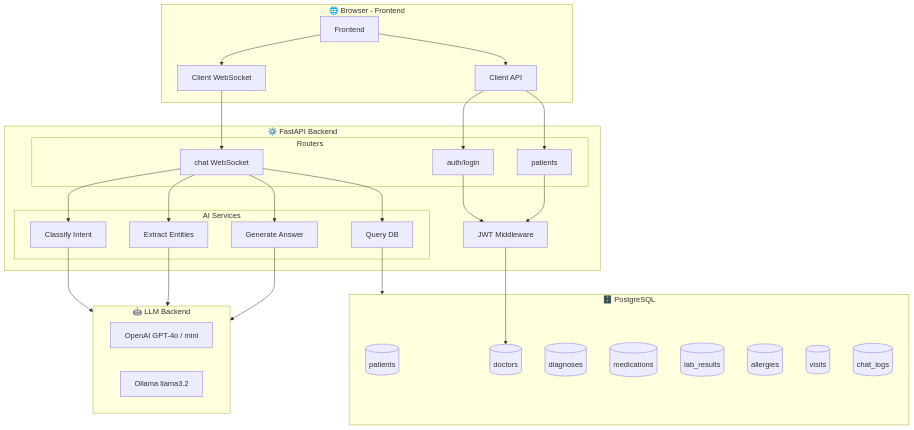
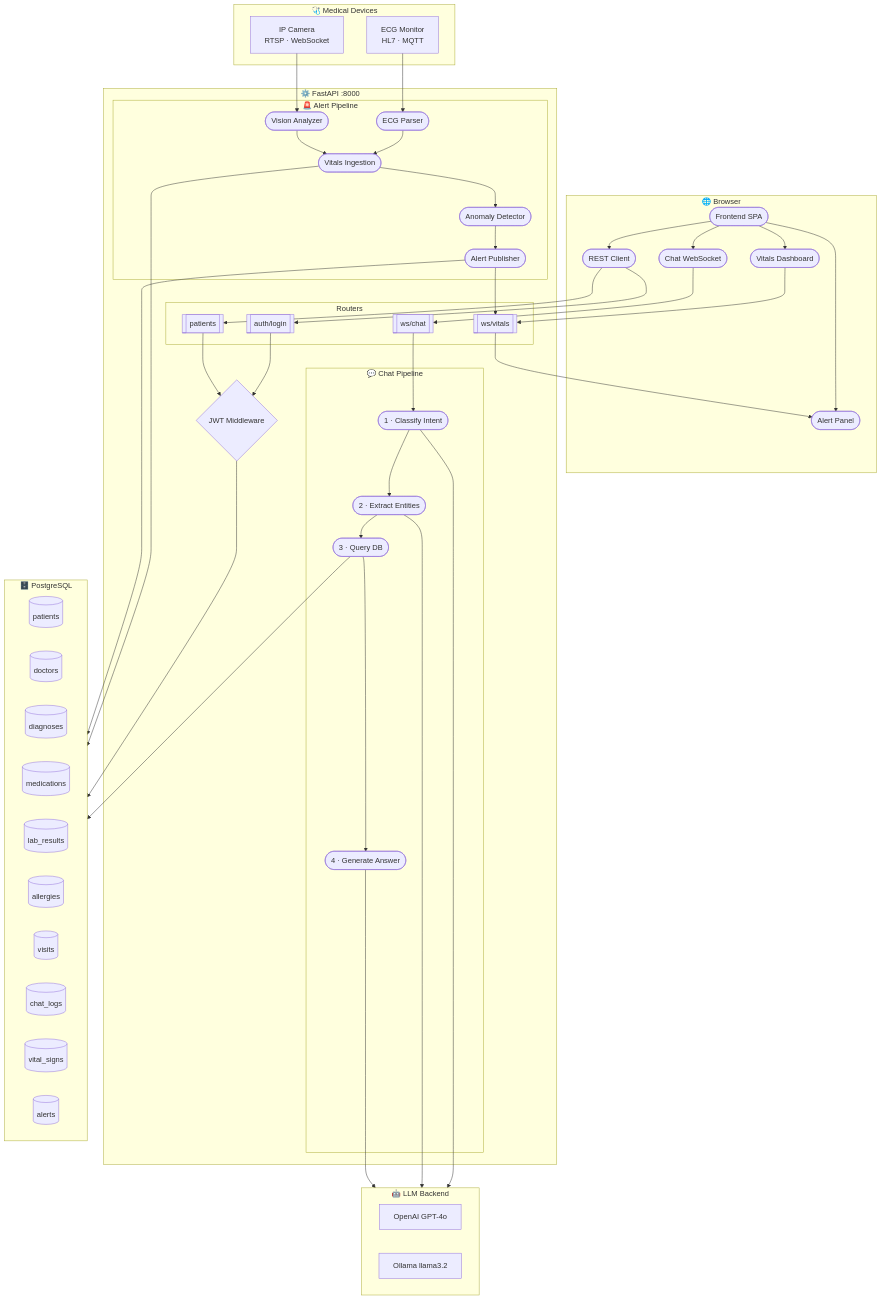
One commit to omarelnokrashy/Shifaa-AI-Based-Patient-Monitoring-System changed the first of 3 diagrams in docs/02_system_architecture.md. Above: the diagram before and after it, drawn with Mermaid. The commit also changed other lines of this file and 1 other file, not shown here.

````diff
--- a/docs/02_system_architecture.md
+++ b/docs/02_system_architecture.md
@@ -56,58 +86,80 @@
 ```mermaid
 graph TB
-    subgraph Browser["🌐 Browser - Frontend"]
-        UI[Frontend]
-        WS[Client WebSocket]
-        REST[Client API]
+    subgraph Browser["🌐 Browser"]
+        UI([Frontend SPA])
+        WS([Chat WebSocket])
+        REST([REST Client])
+        AlertPanel([Alert Panel])
+        VitalDash([Vitals Dashboard])
     end
 
-    subgraph Backend["⚙️ FastAPI Backend"]
-        Auth[JWT Middleware]
-        
+    subgraph Backend["⚙️ FastAPI :8000"]
+        Auth{JWT Middleware}
+
         subgraph Routers["Routers"]
-            R_Auth[auth/login]
-            R_Pat[patients]
-            R_WS[chat WebSocket]
+            R_Auth[[auth/login]]
+            R_Pat[[patients]]
+            R_WS[[ws/chat]]
+            R_Vitals[[ws/vitals]]
         end
 
-        subgraph Services["AI Services"]
-            Intent[Classify Intent]
-            NER[Extract Entities]
-            Retriever[Query DB]
-            LLM[Generate Answer]
+        subgraph ChatAI["💬 Chat Pipeline"]
+            Intent(["1 · Classify Intent"])
+            NER(["2 · Extract Entities"])
+            Retriever(["3 · Query DB"])
+            LLM(["4 · Generate Answer"])
+        end
+
+        subgraph AlertPipeline["🚨 Alert Pipeline"]
+            ECGParser(["ECG Parser"])
+            VisionAnalyzer(["Vision Analyzer"])
+            Ingestion(["Vitals Ingestion"])
+            AnomalyDetector(["Anomaly Detector"])
+            AlertPublisher(["Alert Publisher"])
         end
     end
 
     subgraph DB["🗄️ PostgreSQL"]
-        Patients[(patients)]
-        Doctors[(doctors)]
-        Diagnoses[(diagnoses)]
-        Medications[(medications)]
-        Labs[(lab_results)]
-        Allergies[(allergies)]
-        Visits[(visits)]
-        Logs[(chat_logs)]
+        direction LR
+        T1[(patients)]
+        T2[(doctors)]
+        T3[(diagnoses)]
+        T4[(medications)]
+        T5[(lab_results)]
+        T6[(allergies)]
+        T7[(visits)]
+        T8[(chat_logs)]
+        T9[(vital_signs)]
+        T10[(alerts)]
     end
 
     subgraph LLMBack["🤖 LLM Backend"]
-        OA[OpenAI GPT-4o / mini]
+        OA[OpenAI GPT-4o]
         OL[Ollama llama3.2]
     end
 
-    UI --> REST
-    UI --> WS
-    REST --> R_Auth
-    REST --> R_Pat
+    subgraph Devices["🩺 Medical Devices"]
+        ECG[ECG Monitor\nHL7 · MQTT]
+        Camera[IP Camera\nRTSP · WebSocket]
+    end
+
+    UI --> REST & WS
+    UI --> AlertPanel & VitalDash
+    REST --> R_Auth & R_Pat
     WS --> R_WS
-    R_Auth --> Auth
-    R_Pat --> Auth
-    R_WS --> Intent
-    R_WS --> NER
-    R_WS --> Retriever
-    R_WS --> LLM
+    VitalDash --> R_Vitals
+    R_Auth & R_Pat --> Auth
+    Auth --> T2
+
+    R_WS --> Intent --> NER --> Retriever --> LLM
     Retriever --> DB
-    Intent --> LLMBack
-    NER --> LLMBack
-    LLM --> LLMBack
-    Auth --> Doctors
+    Intent & NER & LLM --> LLMBack
+
+    ECG --> ECGParser
+    Camera --> VisionAnalyzer
+    ECGParser & VisionAnalyzer --> Ingestion
+    Ingestion --> T9
+    Ingestion --> AnomalyDetector --> AlertPublisher
+    AlertPublisher --> T10
+    AlertPublisher --> R_Vitals --> AlertPanel
 ```
````
